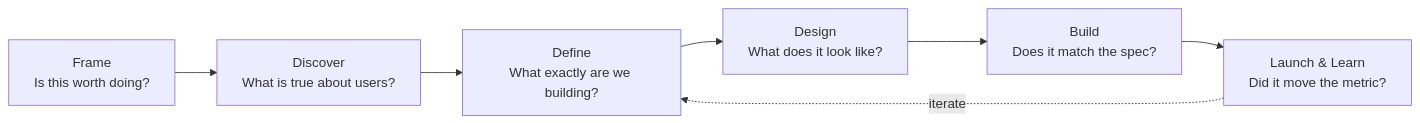
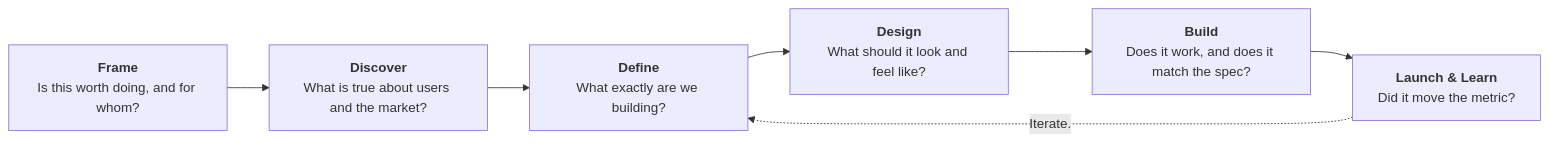
The first of 3 diagrams in README.md (BishopSlice/pm-factory), drawn with Mermaid before and after one commit. The commit also changed other lines of this file, not shown here.

Commit message:
README: horizontal diagrams with titled steps

````diff
--- a/README.md
+++ b/README.md
@@ -8,9 +8,15 @@
 ```mermaid
 flowchart LR
-  F["Frame<br/>Is this worth doing?"] --> D["Discover<br/>What is true about users?"]
-  D --> S["Define<br/>What exactly are we building?"]
-  S --> G["Design<br/>What does it look like?"]
-  G --> B["Build<br/>Does it match the spec?"]
-  B --> L["Launch & Learn<br/>Did it move the metric?"]
-  L -.->|"iterate"| S
+  F["`**Frame**
+  Is this worth doing, and for whom?`"] --> D["`**Discover**
+  What is true about users and the market?`"]
+  D --> S["`**Define**
+  What exactly are we building?`"]
+  S --> G["`**Design**
+  What should it look and feel like?`"]
+  G --> B["`**Build**
+  Does it work, and does it match the spec?`"]
+  B --> L["`**Launch & Learn**
+  Did it move the metric?`"]
+  L -.->|"Iterate."| S
 ```
````
